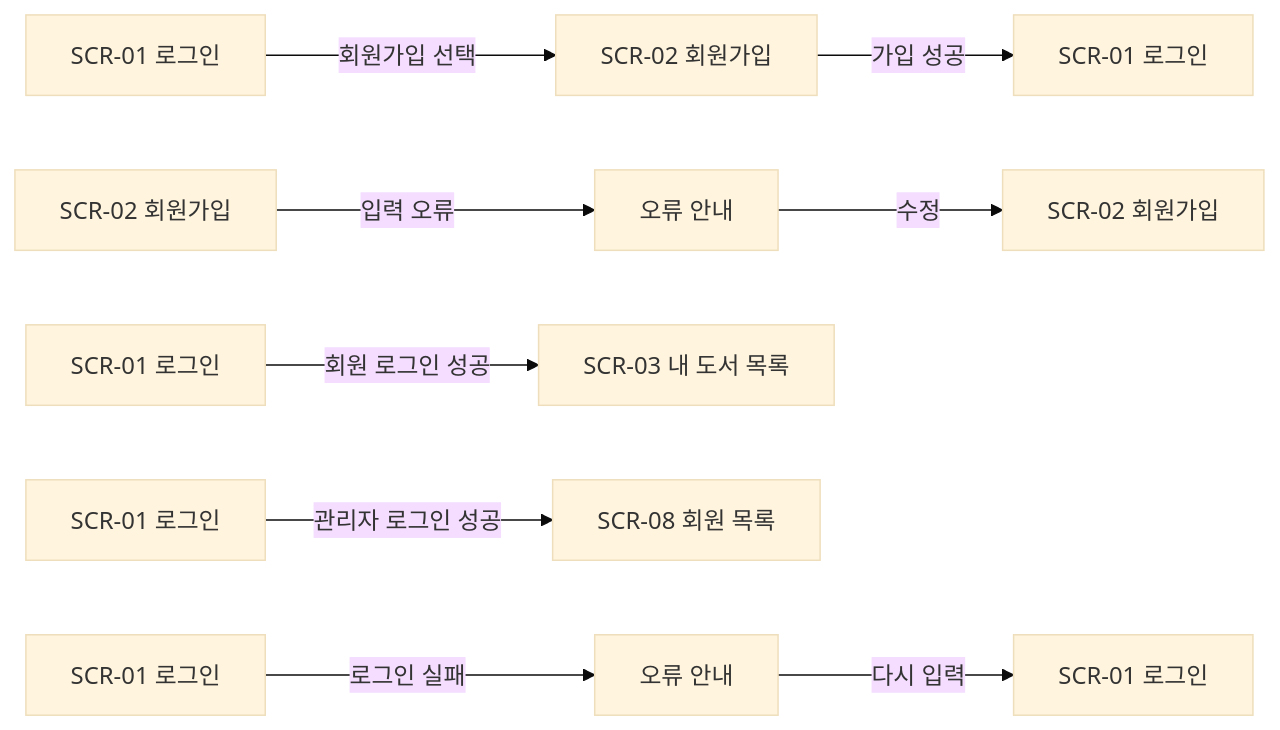
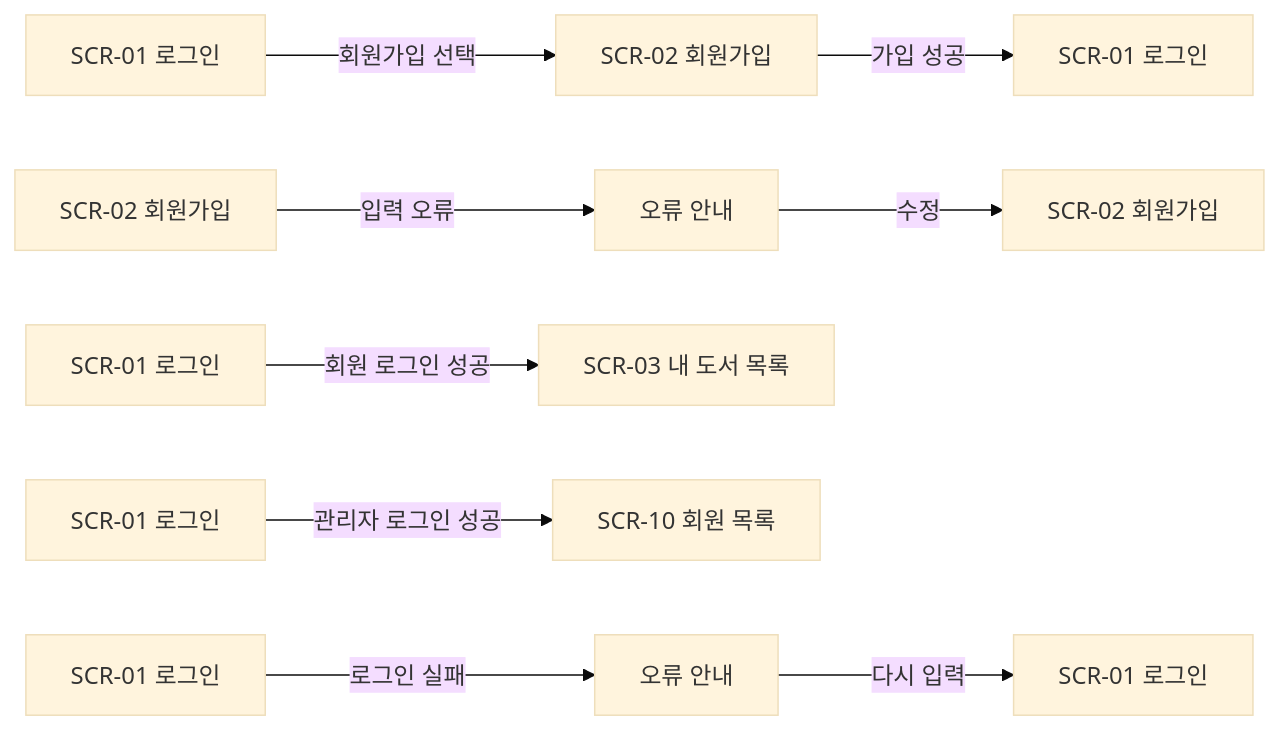
One commit to jackie020105-beep/WebJava_Project changed the first of 6 diagrams in docs/02_StoryBoard/화면설계서.md. Above: the diagram before and after it, drawn with Mermaid (base theme). The commit also changed other lines of this file, not shown here.

````diff
--- a/docs/02_StoryBoard/화면설계서.md
+++ b/docs/02_StoryBoard/화면설계서.md
@@ -89,16 +96,16 @@
 ```mermaid
 %%{init: {'flowchart': {'curve': 'linear'}}}%%
 flowchart LR
     A1["SCR-01 로그인"] -->|"회원가입 선택"| A2["SCR-02 회원가입"]
     A2 -->|"가입 성공"| A3["SCR-01 로그인"]
 
     B1["SCR-02 회원가입"] -->|"입력 오류"| B2["오류 안내"]
     B2 -->|"수정"| B3["SCR-02 회원가입"]
 
     C1["SCR-01 로그인"] -->|"회원 로그인 성공"| C2["SCR-03 내 도서 목록"]
 
-    D1["SCR-01 로그인"] -->|"관리자 로그인 성공"| D2["SCR-08 회원 목록"]
+    D1["SCR-01 로그인"] -->|"관리자 로그인 성공"| D2["SCR-10 회원 목록"]
 
     E1["SCR-01 로그인"] -->|"로그인 실패"| E2["오류 안내"]
     E2 -->|"다시 입력"| E3["SCR-01 로그인"]
 ```
````
